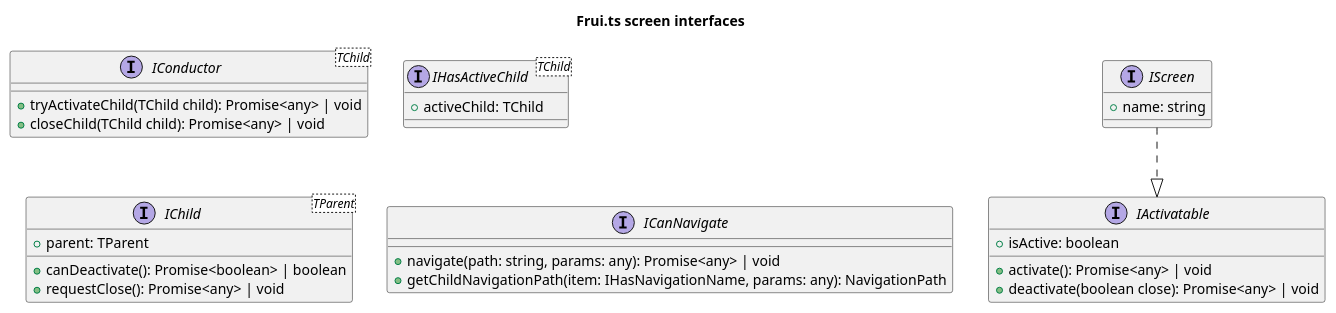
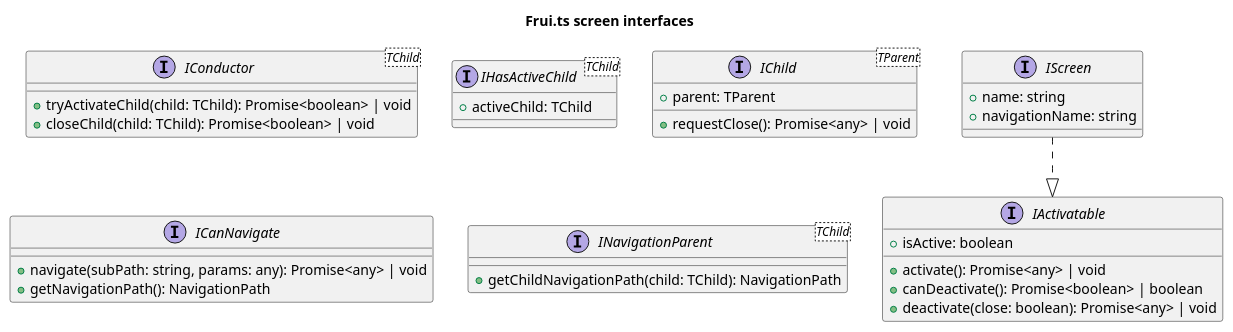
Before and after one commit to eManPrague/frui.ts: the diagram in packages/screens/interfaces.puml, drawn with PlantUML. The commit also changed 29 other files, not shown here.

```diff
--- a/packages/screens/interfaces.puml
+++ b/packages/screens/interfaces.puml
@@ -1,38 +1,43 @@
 @startuml
 
 title Frui.ts screen interfaces
 
 interface IActivatable {
   +isActive: boolean
 
   +activate(): Promise<any> | void
-  +deactivate(boolean close): Promise<any> | void
+  +canDeactivate(): Promise<boolean> | boolean
+  +deactivate(close: boolean): Promise<any> | void
 }
 
 interface IScreen {
   +name: string
+  +navigationName: string
 }
 
 IScreen ..|> IActivatable
 
 interface IConductor<TChild> {
-  +tryActivateChild(TChild child): Promise<any> | void
-  +closeChild(TChild child): Promise<any> | void
+  +tryActivateChild(child: TChild): Promise<boolean> | void
+  +closeChild(child: TChild): Promise<boolean> | void
 }
 
 interface IHasActiveChild<TChild> {
   +activeChild: TChild
 }
 
 interface IChild<TParent> {
   +parent: TParent
-  +canDeactivate(): Promise<boolean> | boolean
   +requestClose(): Promise<any> | void
 }
 
 interface ICanNavigate {
-  +navigate(path: string, params: any): Promise<any> | void
-  +getChildNavigationPath(item: IHasNavigationName, params: any): NavigationPath
+  +navigate(subPath: string, params: any): Promise<any> | void
+  +getNavigationPath(): NavigationPath
+}
+
+interface INavigationParent<TChild> {
+  +getChildNavigationPath(child: TChild): NavigationPath
 }
 
 @enduml
```
